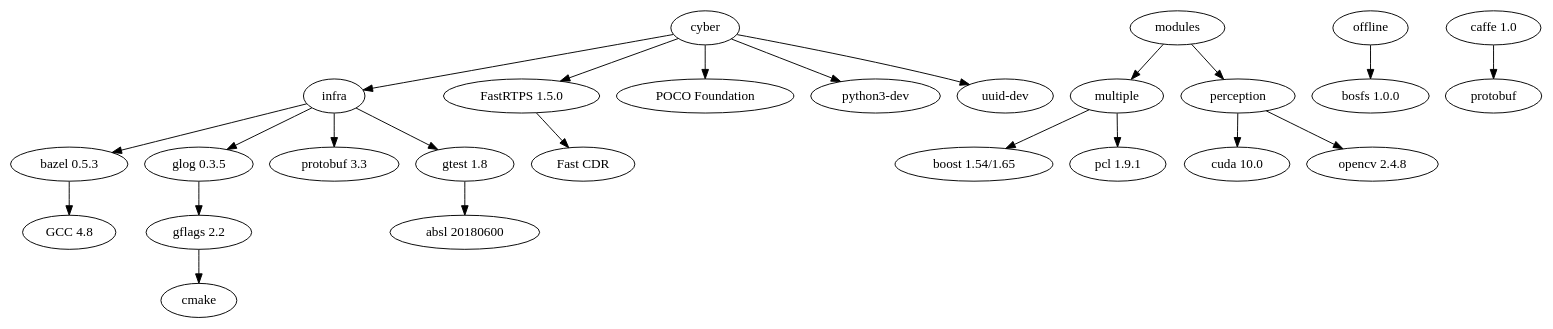
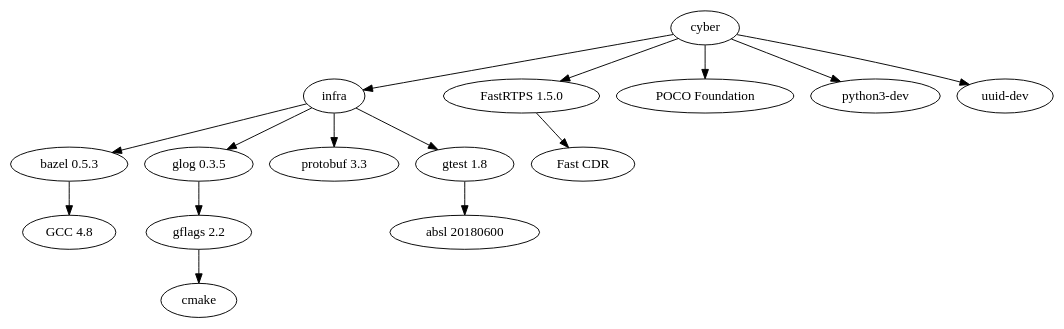
The diagram in docker/build/dependencies.dot (wheelos/core), drawn with Graphviz before and after one commit. The commit also changed 563 other files, not shown here.

```diff
--- a/docker/build/dependencies.dot
+++ b/docker/build/dependencies.dot
@@ -1,22 +1,13 @@
 digraph {
   "infra" -> "bazel 0.5.3";
   "bazel 0.5.3" -> "GCC 4.8";
   "infra" -> "glog 0.3.5" -> "gflags 2.2" -> "cmake";
   "infra" -> "protobuf 3.3";
   "infra" -> "gtest 1.8" -> "absl 20180600";
 
   "cyber" -> "infra";
   "cyber" -> "FastRTPS 1.5.0" -> "Fast CDR";
   "cyber" -> "POCO Foundation";
   "cyber" -> "python3-dev";
   "cyber" -> "uuid-dev";
-
-  "modules" -> "multiple" -> "boost 1.54/1.65";
-  "multiple" -> "pcl 1.9.1";
-
-  "modules" -> "perception" -> "cuda 10.0";
-  "perception" -> "opencv 2.4.8";
-
-  "offline" -> "bosfs 1.0.0";
-  "caffe 1.0" -> "protobuf";
 }
```
